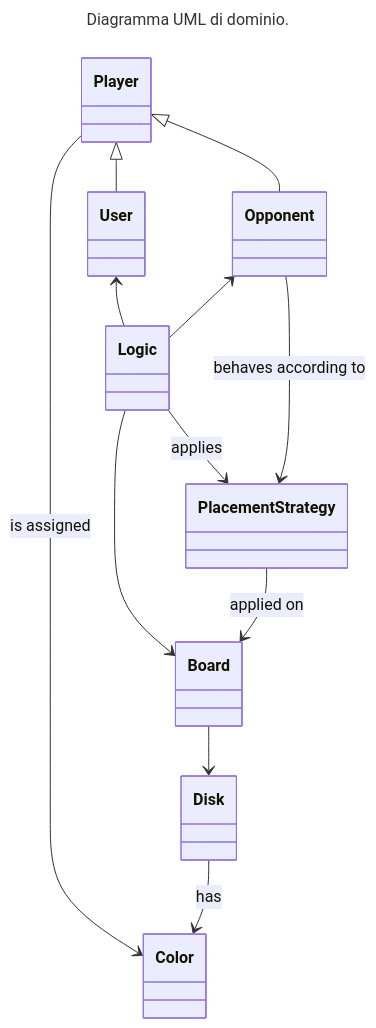
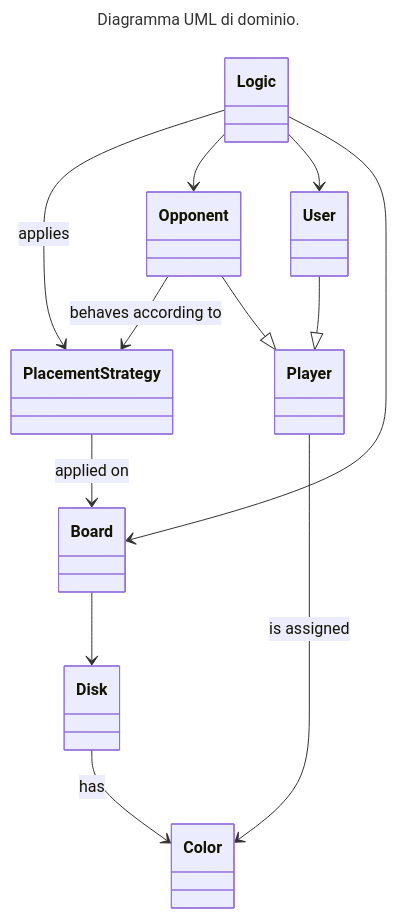
One commit to Borgotto/PPS-25-scalatello changed the diagram in docs/report/2-requirements.md. Above: the diagram before and after it, drawn with Mermaid. The commit also changed 1 other file, not shown here.

Commit message:
fix model diagram in requirements and architectural design sections in report

````diff
--- a/docs/report/2-requirements.md
+++ b/docs/report/2-requirements.md
@@ -55,31 +55,27 @@
 ```mermaid
 ---
 title: Diagramma UML di dominio.
 ---
 classDiagram
   class Logic
-  class Player
+  class PlacementStrategy
+  class Opponent
   class User
-  class Opponent
-  class PlacementStrategy
   class Board
   class Disk
   class Color
+  class Player
 
+  Logic --> PlacementStrategy: applies
+  Logic --> Opponent
+  Logic --> User
   Logic --> Board
-  Logic --> PlacementStrategy: applies
-
-  Player <|-- User
-  Player <|-- Opponent
-  Player --> Color: is assigned
-
-  User <-- Logic
-  Opponent <-- Logic
 
   Opponent --> PlacementStrategy : behaves according to
-
+  Opponent --|> Player
+  User --|> Player
+  Player --> Color: is assigned
   PlacementStrategy --> Board: applied on
-
   Board --> Disk
   Disk --> Color: has
 ```
````
